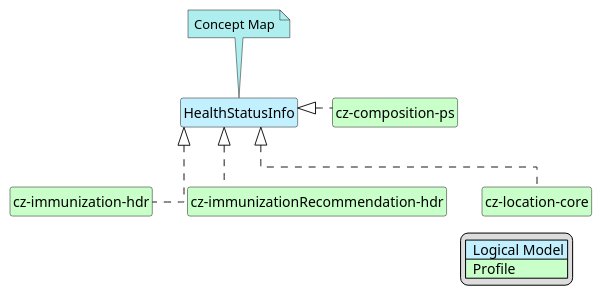
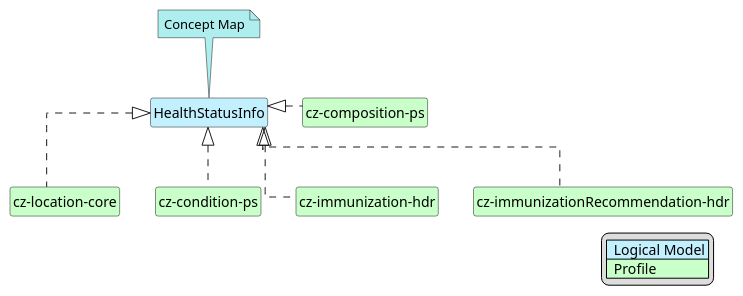
Before and after one commit to HL7-cz/ps: the diagram in input/images-source/PS_HealthStatusInfo-map.plantuml, drawn with PlantUML. The commit also changed 17 other files, not shown here.

```diff
--- a/input/images-source/PS_HealthStatusInfo-map.plantuml
+++ b/input/images-source/PS_HealthStatusInfo-map.plantuml
@@ -1,42 +1,45 @@
 @startuml PS_HealthStatusInfo-map
 hide circle
 hide stereotype
 hide members
 hide methods
 skinparam linetype ortho
 skinparam class {
 BackgroundColor<<LogicalModel>> #APPLICATION
 BackgroundColor<<Profile>> #TECHNOLOGY
 }
 legend right
 | <#APPLICATION>  Logical Model |
 | <#TECHNOLOGY>  Profile |
 endlegend
 class "HealthStatusInfo" <<LogicalModel>> [[StructureDefinition-LogHealthStatusInfoCz.html]]
 note top #PaleTurquoise [[ConceptMap-HealthStatusInfo2FHIR-cz-ps.html]]
 Concept Map
 endnote
 ' --- Profiles mapping Alerts ---
 ' Očkování
 class "cz-composition-ps" <<Profile>> [[StructureDefinition-cz-composition-ps.html]]
 class "cz-immunization-hdr" <<Profile>> [[StructureDefinition-cz-immunization-hdr.html]]
 class "cz-immunizationRecommendation-hdr" <<Profile>> [[StructureDefinition-cz-immunizationRecommendation-hdr.html]]
 class "cz-location-core" <<Profile>> [[StructureDefinition-cz-location-core.html]]
 ' Historie zdravotních problémů
+class "cz-condition-ps" <<Profile>> [[StructureDefinition-cz-condition-ps.html]]
 
 ' Obecná anamnéza
 
 
 
 ' --- Realization links ---
 "HealthStatusInfo" <|. "cz-composition-ps"
 "HealthStatusInfo" <|. "cz-immunization-hdr"
 "HealthStatusInfo" <|. "cz-immunizationRecommendation-hdr"
 "HealthStatusInfo" <|. "cz-location-core"
+"HealthStatusInfo" <|. "cz-condition-ps"
 
 ' ' (volitelné – skryté vazby jen pro rozložení v diagramu)
 "HealthStatusInfo" -d[hidden]-> "cz-composition-ps"
 "cz-composition-ps" -d[hidden]-> "cz-immunization-hdr"
 "cz-composition-ps" -d[hidden]-> "cz-immunizationRecommendation-hdr"
 "cz-composition-ps" -d[hidden]-> "cz-location-core"
+"cz-composition-ps" -d[hidden]-> "cz-condition-ps"
 @enduml
```
